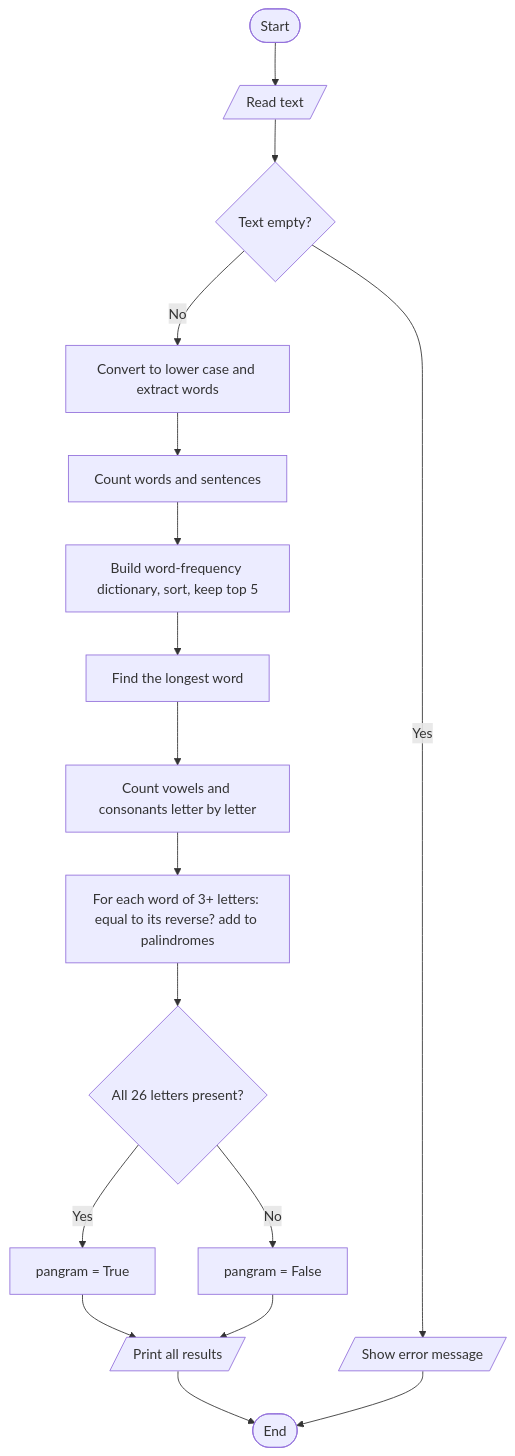
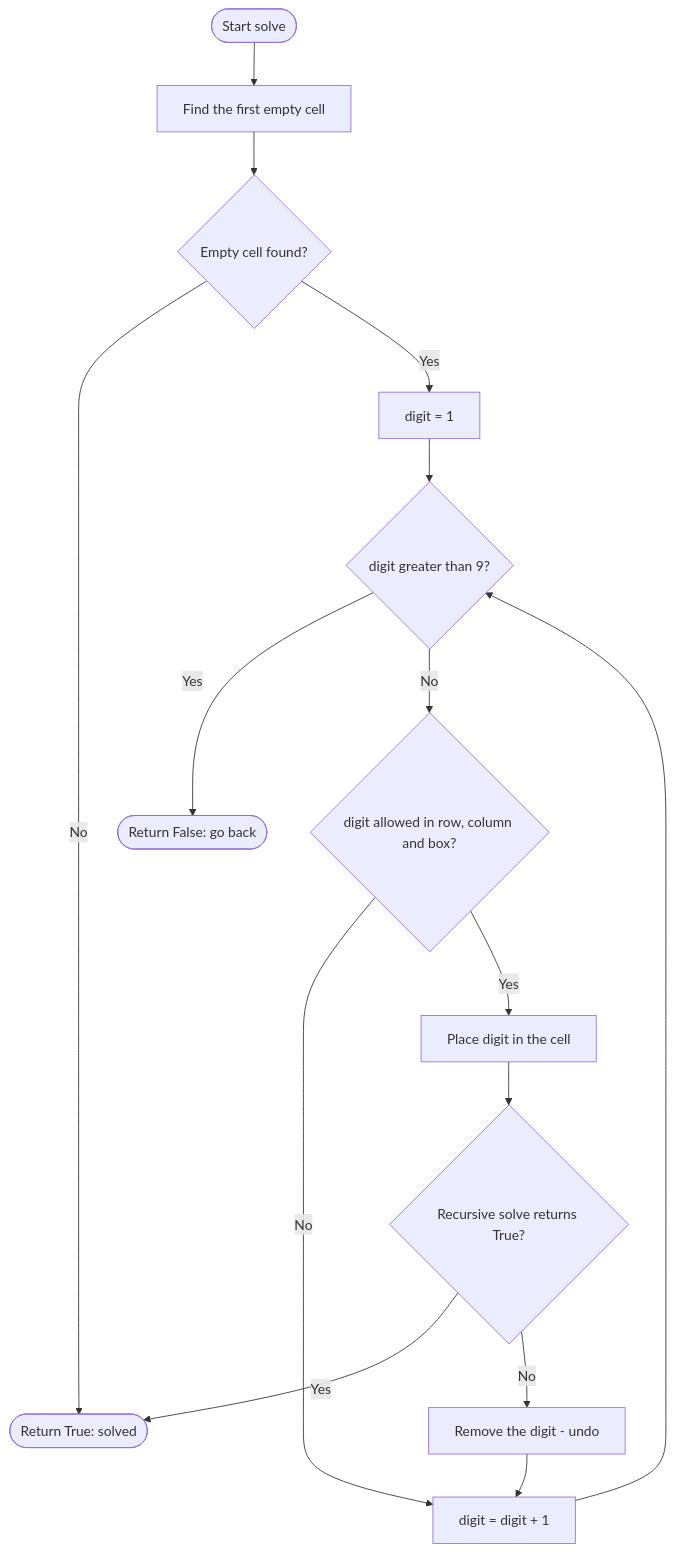
One commit to AtlaSwathi29/2026_27_CSE4-221_python_programming changed the second of 2 diagrams in README.md. Above: the diagram before and after it, drawn with Mermaid. The commit also changed other lines of this file and 5 other files, not shown here.

````diff
--- a/README.md
+++ b/README.md
@@ -61,19 +81,17 @@
 ```mermaid
 flowchart TD
-    A(["Start"]) --> B[/"Read text"/]
-    B --> C{"Text empty?"}
-    C -- Yes --> ERR[/"Show error message"/]
-    C -- No --> D["Convert to lower case and extract words"]
-    D --> E["Count words and sentences"]
-    E --> F["Build word-frequency dictionary, sort, keep top 5"]
-    F --> G["Find the longest word"]
-    G --> H["Count vowels and consonants letter by letter"]
-    H --> I["For each word of 3+ letters: equal to its reverse? add to palindromes"]
-    I --> J{"All 26 letters present?"}
-    J -- Yes --> K["pangram = True"]
-    J -- No --> L["pangram = False"]
-    K --> M[/"Print all results"/]
-    L --> M
-    M --> Z(["End"])
-    ERR --> Z
+    A(["Start solve"]) --> B["Find the first empty cell"]
+    B --> C{"Empty cell found?"}
+    C -- No --> OK(["Return True: solved"])
+    C -- Yes --> D["digit = 1"]
+    D --> E{"digit greater than 9?"}
+    E -- Yes --> FAIL(["Return False: go back"])
+    E -- No --> F{"digit allowed in row, column and box?"}
+    F -- No --> G["digit = digit + 1"]
+    G --> E
+    F -- Yes --> H["Place digit in the cell"]
+    H --> I{"Recursive solve returns True?"}
+    I -- Yes --> OK
+    I -- No --> J["Remove the digit - undo"]
+    J --> G
 ```
````
